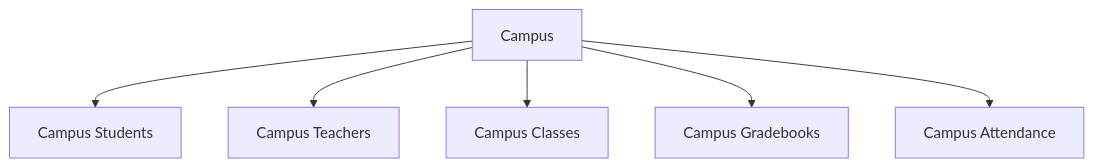
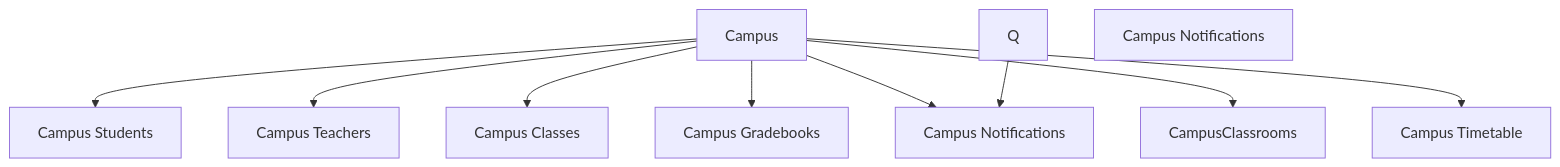
One commit to Tekmindlabs/LXP-14-02-25-campus changed the second of 7 diagrams in LXP 14-02-25 campus/Campus implimenttaion folow.md. Above: the diagram before and after it, drawn with Mermaid. The commit also changed other lines of this file and 12 other files, not shown here.

````diff
--- a/LXP 14-02-25 campus/Campus implimenttaion folow.md
+++ b/LXP 14-02-25 campus/Campus implimenttaion folow.md
@@ -20,8 +23,12 @@
 ```mermaid
 graph TD
     I[Campus] --> J[Campus Students]
     I --> K[Campus Teachers]
     I --> L[Campus Classes]
     I --> M[Campus Gradebooks]
     I --> N[Campus Attendance]
+        I --> O[CampusClassrooms]
+            I --> P[Campus Timetable]
+                Q --> N[Campus Notifications]
+                R[Campus Notifications]
 ```
````
